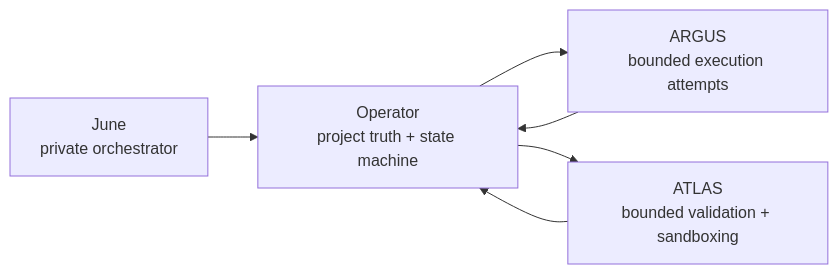
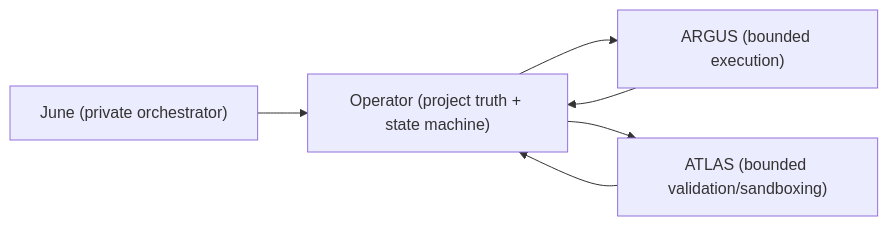
Before and after one commit to Mickdownunder/operator-control-plane: the diagram in README.md, drawn with Mermaid. The commit also changed other lines of this file and 2 other files, not shown here.

````diff
--- a/README.md
+++ b/README.md
@@ -77,8 +41,8 @@
 ```mermaid
 flowchart LR
-    June["June<br/>private orchestrator"] --> Operator["Operator<br/>project truth + state machine"]
-    Operator --> Argus["ARGUS<br/>bounded execution attempts"]
-    Operator --> Atlas["ATLAS<br/>bounded validation + sandboxing"]
+    June["June (private orchestrator)"] --> Operator["Operator (project truth + state machine)"]
+    Operator --> Argus["ARGUS (bounded execution)"]
+    Operator --> Atlas["ATLAS (bounded validation/sandboxing)"]
     Argus --> Operator
     Atlas --> Operator
 ```
````
